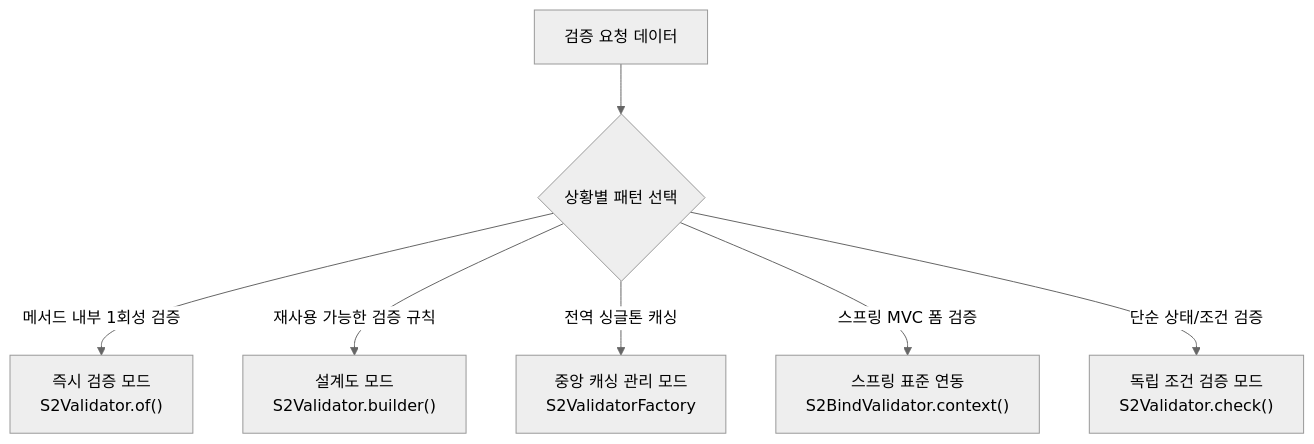
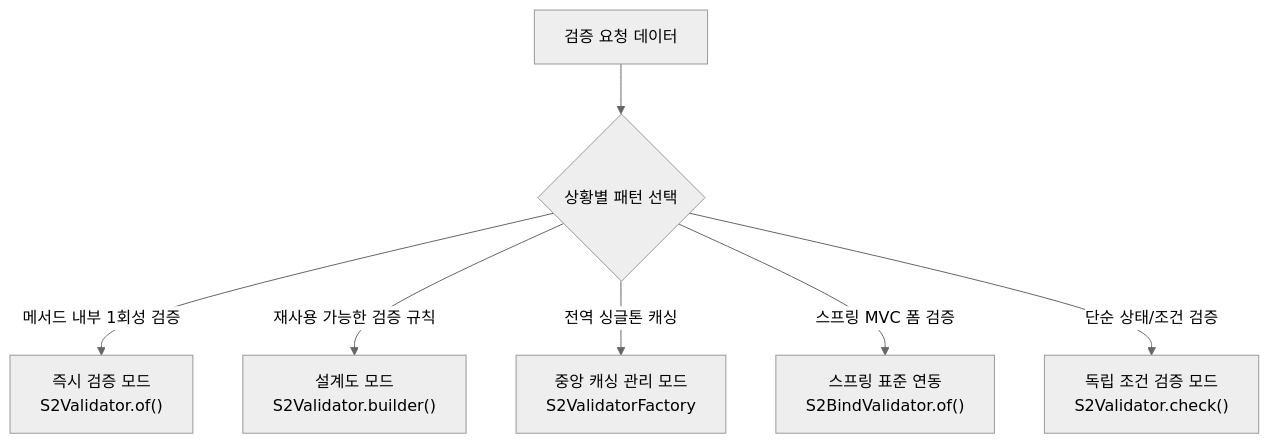
The first of 2 diagrams in MANUAL.ko.md (devers2/s2-util), drawn with Mermaid (neutral theme) before and after one commit. The commit also changed other lines of this file and 7 other files, not shown here.

First line of the commit message:
docs: use S2BindValidator.of() in representative examples and warn about registry keys

````diff
--- a/MANUAL.ko.md
+++ b/MANUAL.ko.md
@@ -159,9 +159,9 @@
 ```mermaid
 flowchart TD
     Req["검증 요청 데이터"] --> Choice{"상황별 패턴 선택"}
     Choice -->|"메서드 내부 1회성 검증"| A["즉시 검증 모드<br>S2Validator.of()"]
     Choice -->|"재사용 가능한 검증 규칙"| B["설계도 모드<br>S2Validator.builder()"]
     Choice -->|"전역 싱글톤 캐싱"| C["중앙 캐싱 관리 모드<br>S2ValidatorFactory"]
-    Choice -->|"스프링 MVC 폼 검증"| D["스프링 표준 연동<br>S2BindValidator.context()"]
+    Choice -->|"스프링 MVC 폼 검증"| D["스프링 표준 연동<br>S2BindValidator.of()"]
     Choice -->|"단순 상태/조건 검증"| E["독립 조건 검증 모드<br>S2Validator.check()"]
 ```
````
